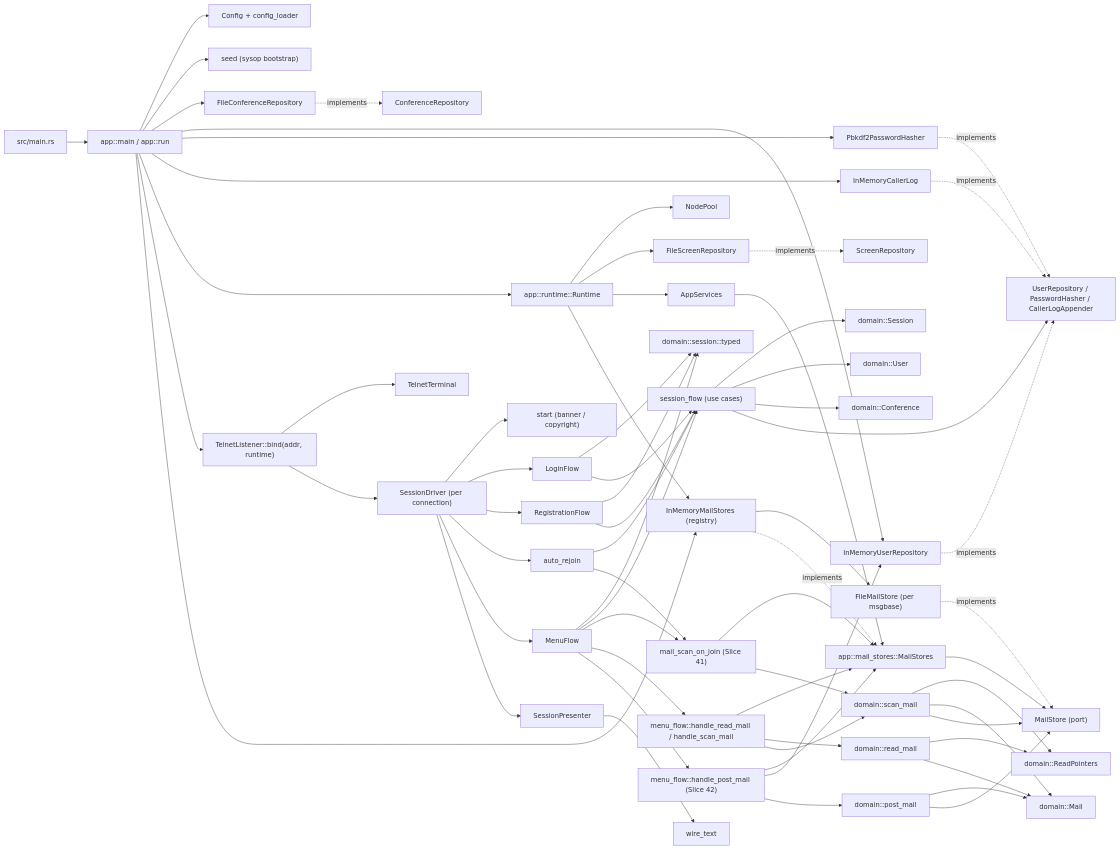
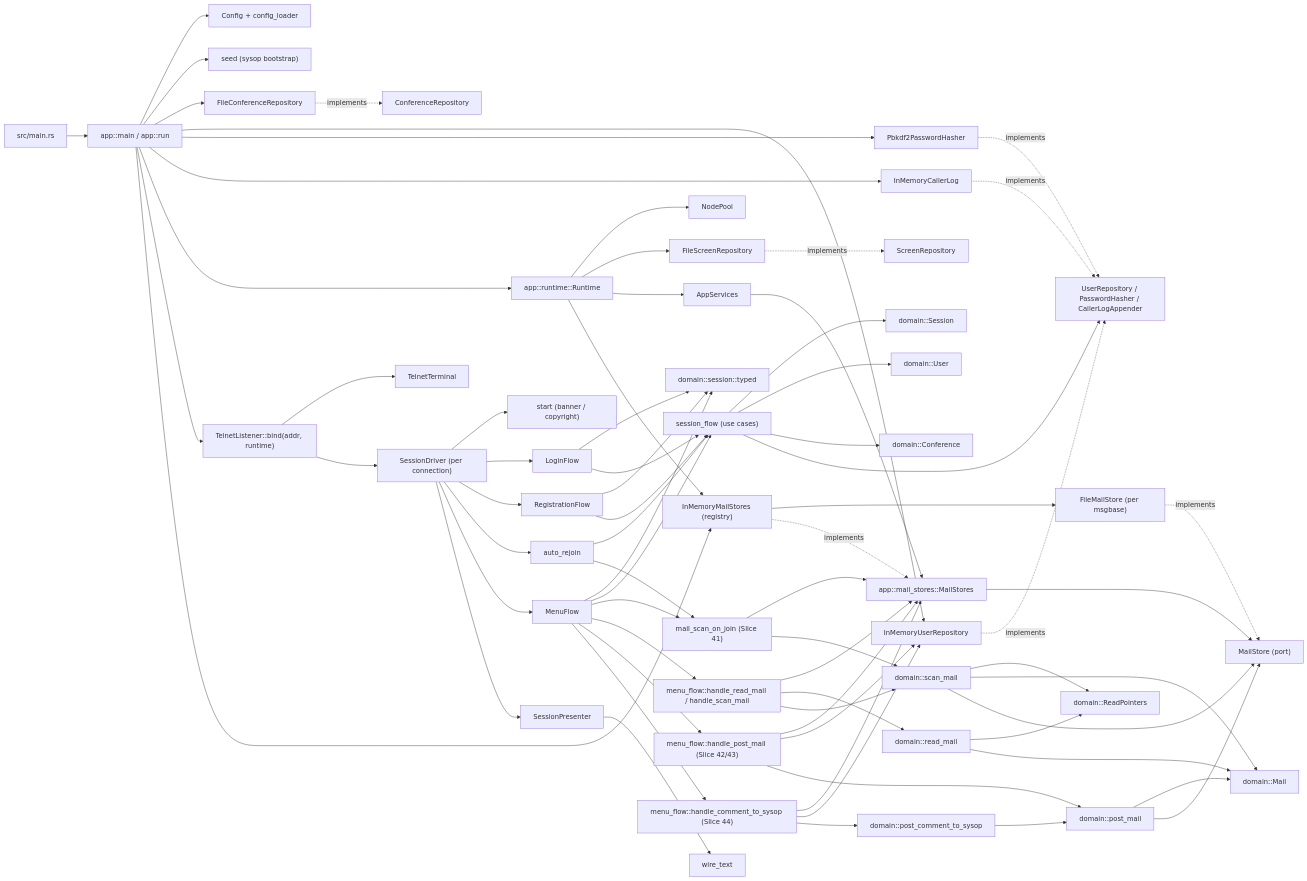
Before and after one commit to pingles/nextexpress: the diagram in SYSTEM.md, drawn with Mermaid. The commit also changed other lines of this file and 19 other files, not shown here.

````diff
--- a/SYSTEM.md
+++ b/SYSTEM.md
@@ -30,76 +31,81 @@
 ```mermaid
 flowchart LR
     Main["src/main.rs"] --> AppRun["app::main / app::run"]
 
     AppRun --> Config["Config + config_loader"]
     AppRun --> Seed["seed (sysop bootstrap)"]
     AppRun --> ConfRepo["FileConferenceRepository"]
     AppRun --> UserRepo["InMemoryUserRepository"]
     AppRun --> Hasher["Pbkdf2PasswordHasher"]
     AppRun --> CallerLog["InMemoryCallerLog"]
     AppRun --> Runtime["app::runtime::Runtime"]
 
     Runtime --> NodePool["NodePool"]
     Runtime --> Screens["FileScreenRepository"]
     Runtime --> Services["AppServices"]
 
     AppRun --> Telnet["TelnetListener::bind(addr, runtime)"]
     Telnet --> Terminal["TelnetTerminal"]
     Telnet --> Driver["SessionDriver (per connection)"]
 
     Driver --> Start["start (banner / copyright)"]
     Driver --> Login["LoginFlow"]
     Driver --> Registration["RegistrationFlow"]
     Driver --> AutoRejoin["auto_rejoin"]
     Driver --> Menu["MenuFlow"]
     Driver --> Presenter["SessionPresenter"]
 
     Login --> Typed["domain::session::typed"]
     Registration --> Typed
     Menu --> Typed
     Login --> Flow["session_flow (use cases)"]
     Registration --> Flow
     Menu --> Flow
     AutoRejoin --> Flow
     Presenter --> WireText["wire_text"]
 
     AppRun --> MailRegistry["InMemoryMailStores (registry)"]
     MailRegistry --> FileMailStore["FileMailStore (per msgbase)"]
     Runtime --> MailRegistry
     Services --> MailStoresPort["app::mail_stores::MailStores"]
     MailStoresPort --> MailPort["MailStore (port)"]
 
     AutoRejoin --> ScanOnJoin["mail_scan_on_join (Slice 41)"]
     Menu --> ScanOnJoin
     Menu --> ReadHandler["menu_flow::handle_read_mail / handle_scan_mail"]
-    Menu --> PostHandler["menu_flow::handle_post_mail (Slice 42)"]
+    Menu --> PostHandler["menu_flow::handle_post_mail (Slice 42/43)"]
+    Menu --> CommentHandler["menu_flow::handle_comment_to_sysop (Slice 44)"]
     ReadHandler --> MailStoresPort
     ScanOnJoin --> MailStoresPort
     PostHandler --> MailStoresPort
     PostHandler --> UserRepo
+    CommentHandler --> MailStoresPort
+    CommentHandler --> UserRepo
     ReadHandler --> ReadMailRule["domain::read_mail"]
     ReadHandler --> ScanMailRule["domain::scan_mail"]
     ScanOnJoin --> ScanMailRule
     PostHandler --> PostMailRule["domain::post_mail"]
+    CommentHandler --> CommentRule["domain::post_comment_to_sysop"]
+    CommentRule --> PostMailRule
     PostMailRule --> Mail
     PostMailRule --> MailPort
 
     Flow --> DomainSession["domain::Session"]
     Flow --> DomainUser["domain::User"]
     Flow --> DomainConference["domain::Conference"]
     Flow --> Ports["UserRepository / PasswordHasher / CallerLogAppender"]
     ReadMailRule --> Pointers["domain::ReadPointers"]
     ReadMailRule --> Mail["domain::Mail"]
     ScanMailRule --> Pointers
     ScanMailRule --> Mail
     ScanMailRule --> MailPort
 
     ConfRepo -.implements.-> ConfPort["ConferenceRepository"]
     UserRepo -.implements.-> Ports
     Hasher -.implements.-> Ports
     CallerLog -.implements.-> Ports
     Screens -.implements.-> ScreenPort["ScreenRepository"]
 
     MailRegistry -.implements.-> MailStoresPort
     FileMailStore -.implements.-> MailPort
 ```
````
